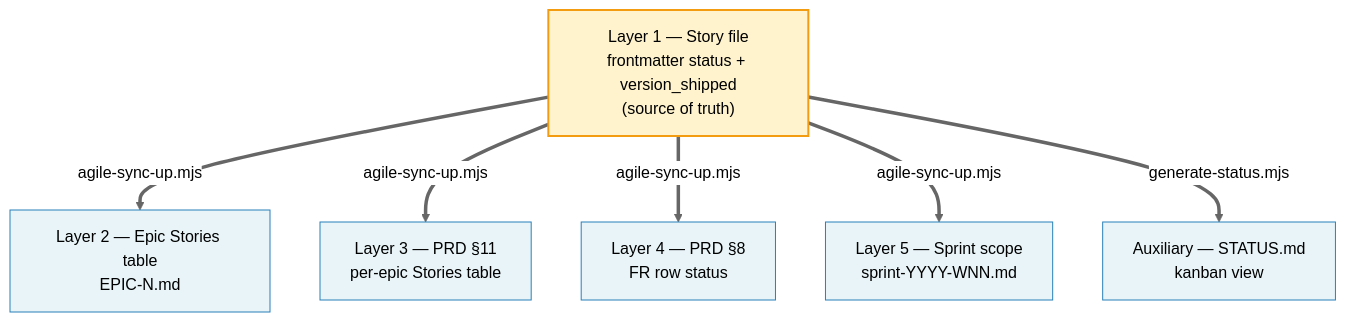
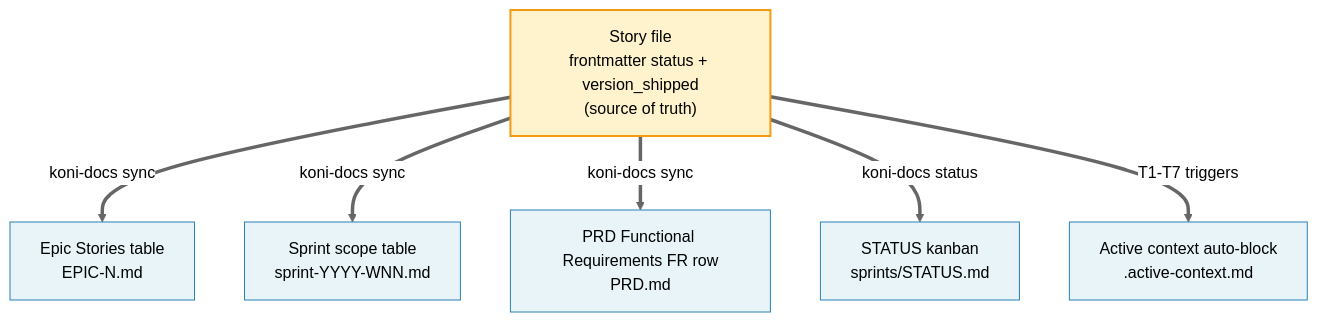
The second of 2 diagrams in docs/ARCHITECTURE.md (Koniverse/Koni-Skills), drawn with Mermaid (neutral theme) before and after one commit. The commit also changed other lines of this file and 25 other files, not shown here.

````diff
--- a/docs/ARCHITECTURE.md
+++ b/docs/ARCHITECTURE.md
@@ -387,19 +455,19 @@
 ```mermaid
 flowchart TB
   classDef sot fill:#fff3cd,stroke:#f39c12,color:#000,stroke-width:2px
   classDef derived fill:#e8f4f8,stroke:#2980b9,color:#000
 
-  STORY["Layer 1 — Story file<br/>frontmatter status + version_shipped<br/>(source of truth)"]:::sot
+  STORY["Story file<br/>frontmatter status + version_shipped<br/>(source of truth)"]:::sot
 
-  L2["Layer 2 — Epic Stories table<br/>EPIC-N.md"]:::derived
-  L3["Layer 3 — PRD §11<br/>per-epic Stories table"]:::derived
-  L4["Layer 4 — PRD §8<br/>FR row status"]:::derived
-  L5["Layer 5 — Sprint scope<br/>sprint-YYYY-WNN.md"]:::derived
-  L6["Auxiliary — STATUS.md<br/>kanban view"]:::derived
+  EPIC["Epic Stories table<br/>EPIC-N.md"]:::derived
+  SPRINT["Sprint scope table<br/>sprint-YYYY-WNN.md"]:::derived
+  PRD["PRD Functional Requirements FR row<br/>PRD.md"]:::derived
+  STATUS["STATUS kanban<br/>sprints/STATUS.md"]:::derived
+  AC["Active context auto-block<br/>.active-context.md"]:::derived
 
-  STORY ==>|agile-sync-up.mjs| L2
-  STORY ==>|agile-sync-up.mjs| L3
-  STORY ==>|agile-sync-up.mjs| L4
-  STORY ==>|agile-sync-up.mjs| L5
-  STORY ==>|generate-status.mjs| L6
+  STORY ==>|koni-docs sync| EPIC
+  STORY ==>|koni-docs sync| SPRINT
+  STORY ==>|koni-docs sync| PRD
+  STORY ==>|koni-docs status| STATUS
+  STORY ==>|T1-T7 triggers| AC
 ```
````
